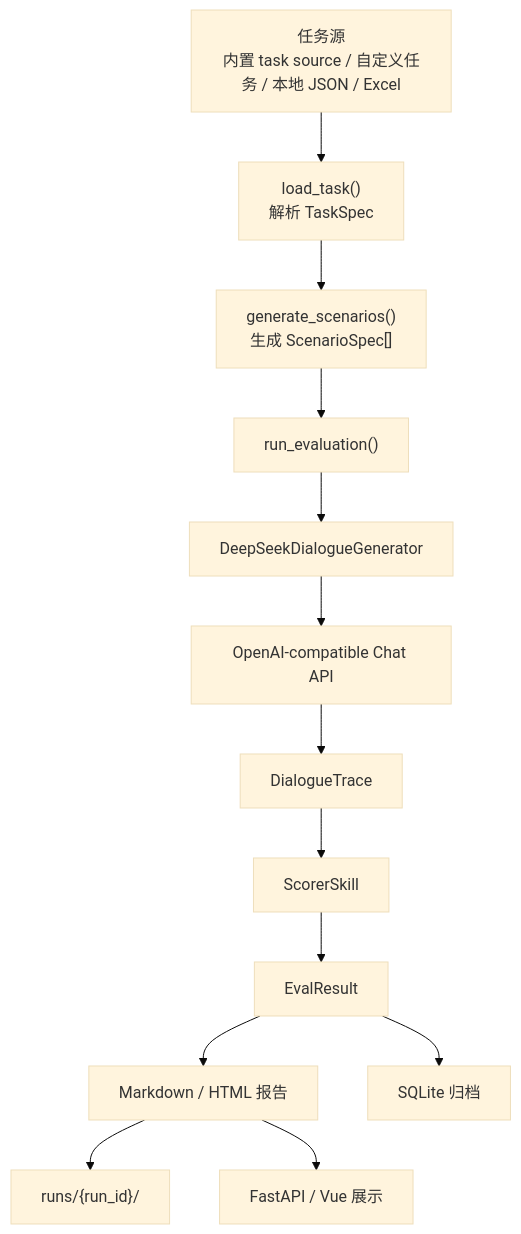
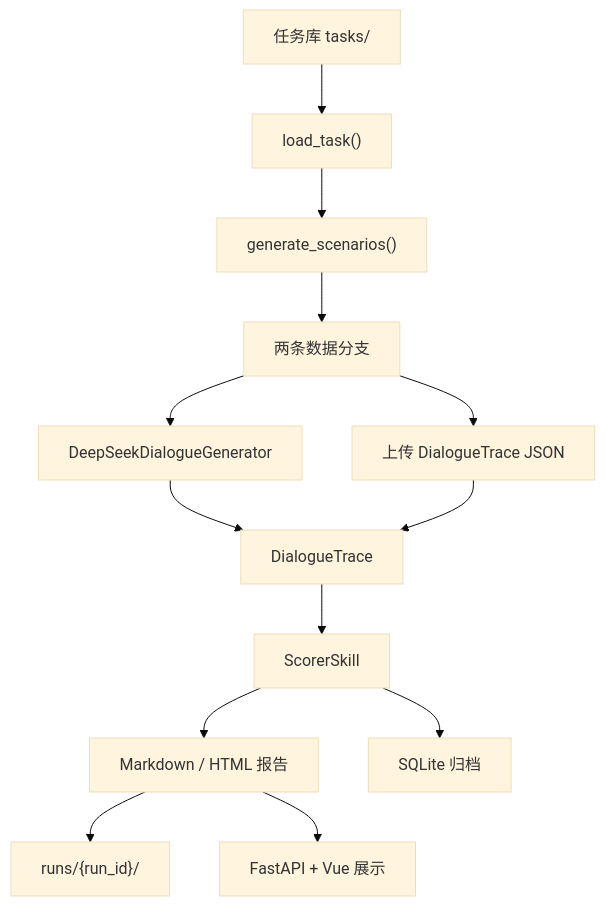
Before and after one commit to lvcheng314/Multi-turn_dialogue_evaluation1111: the diagram in docs/dialogue-eval-plan.md, drawn with Mermaid (base theme). The commit also changed other lines of this file and 23 other files, not shown here.

````diff
--- a/docs/dialogue-eval-plan.md
+++ b/docs/dialogue-eval-plan.md
@@ -11,15 +13,15 @@
 ```mermaid
 flowchart TD
-    A["任务源<br/>内置 task source / 自定义任务 / 本地 JSON / Excel"] --> B["load_task()<br/>解析 TaskSpec"]
-    B --> C["generate_scenarios()<br/>生成 ScenarioSpec[]"]
-    C --> D["run_evaluation()"]
+    A["任务库 tasks/"] --> B["load_task()"]
+    B --> C["generate_scenarios()"]
+    C --> D["两条数据分支"]
     D --> E["DeepSeekDialogueGenerator"]
-    E --> F["OpenAI-compatible Chat API"]
-    F --> G["DialogueTrace"]
+    D --> F["上传 DialogueTrace JSON"]
+    E --> G["DialogueTrace"]
+    F --> G
     G --> H["ScorerSkill"]
-    H --> I["EvalResult"]
-    I --> J["Markdown / HTML 报告"]
-    J --> K["runs/{run_id}/"]
-    I --> L["SQLite 归档"]
-    J --> M["FastAPI / Vue 展示"]
+    H --> I["Markdown / HTML 报告"]
+    I --> J["runs/{run_id}/"]
+    I --> K["FastAPI + Vue 展示"]
+    H --> L["SQLite 归档"]
 ```
````
